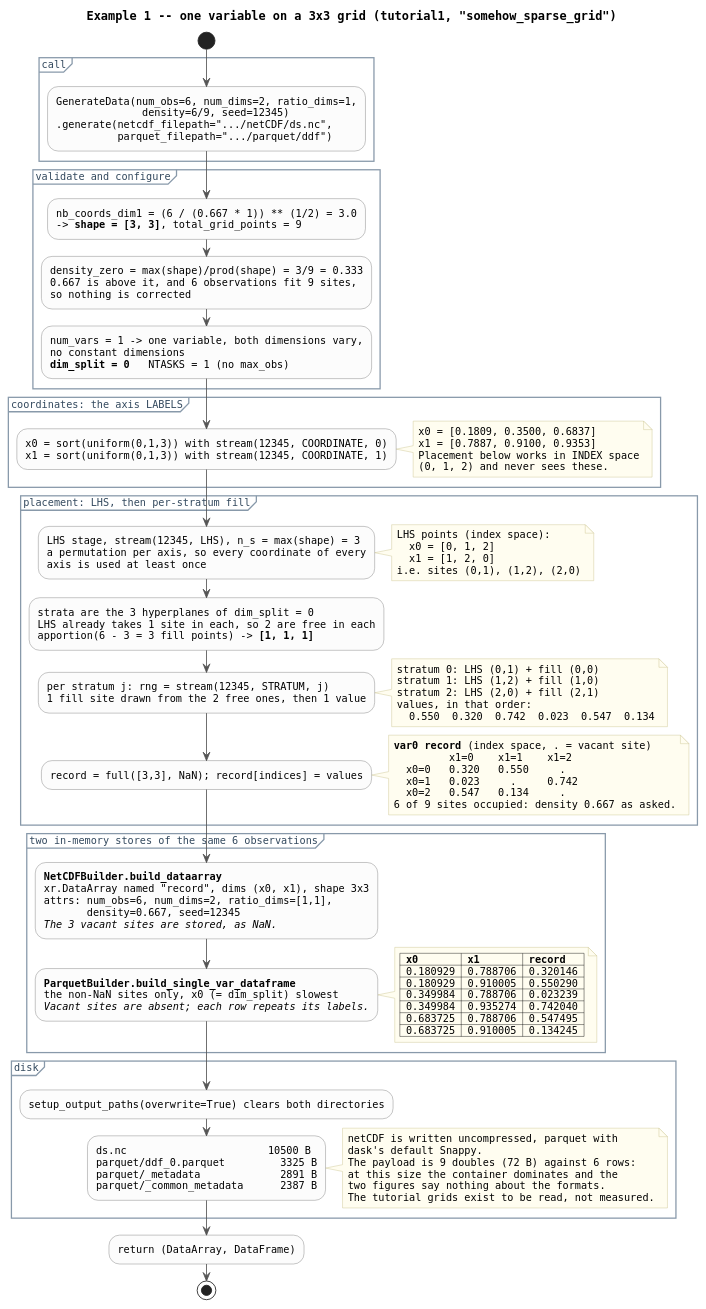
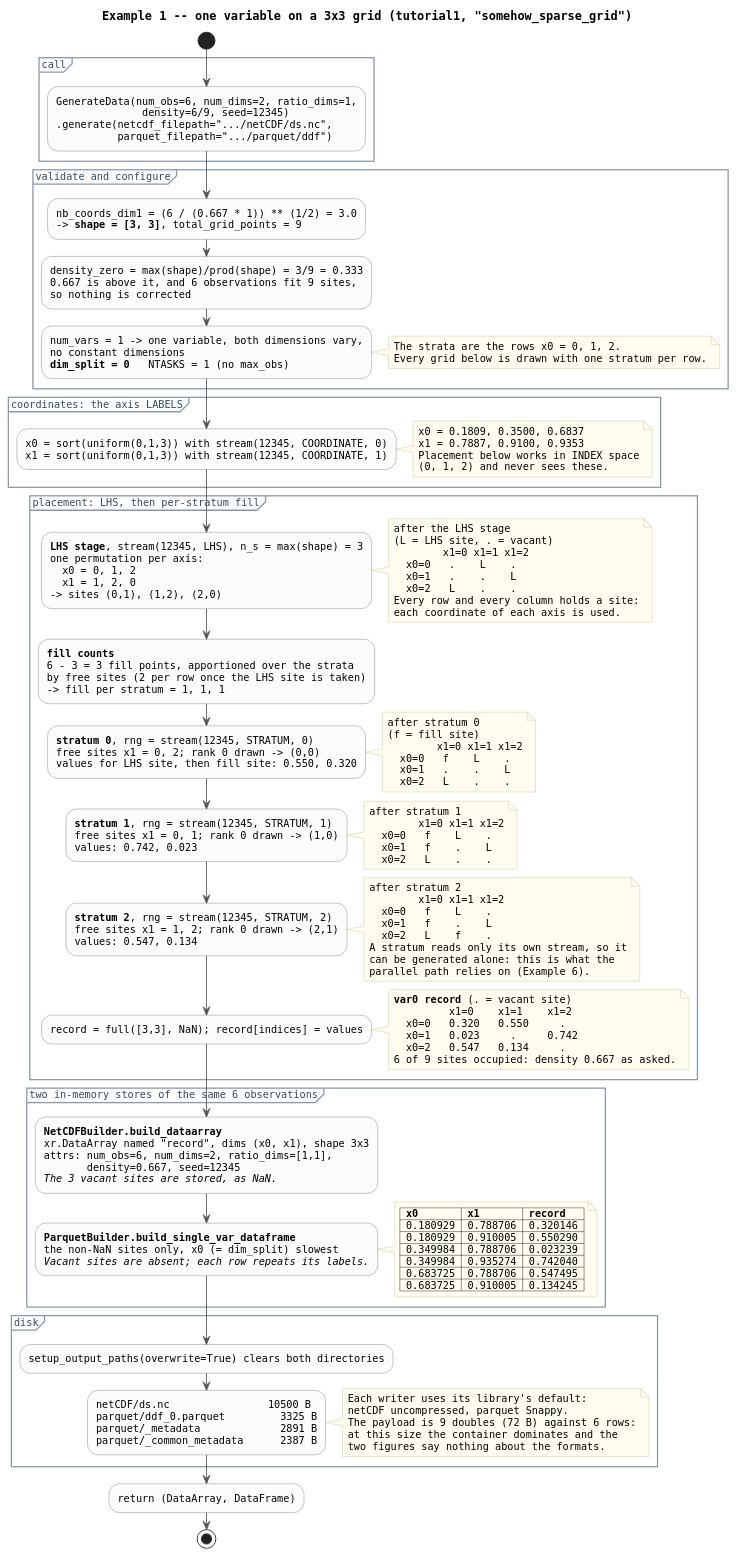
The diagram in docs/dataflow_example_single_var.puml (boom-lab/tabray), drawn with PlantUML before and after one commit. The commit also changed 11 other files, not shown here.

Commit message:
update puml diagrams and add related notebooks

```diff
--- a/docs/dataflow_example_single_var.puml
+++ b/docs/dataflow_example_single_var.puml
@@ -1,133 +1,171 @@
 @startuml dataflow_example_single_var
 ' Worked example: notebooks/tutorial1.ipynb, case "somehow_sparse_grid".
 ' Every number here is from an actual run of that case.
+' Grids: rows x0, columns x1, in index space.
 ' Render: plantuml docs/dataflow_example_single_var.puml
 
 title Example 1 -- one variable on a 3x3 grid (tutorial1, "somehow_sparse_grid")
 
 skinparam shadowing false
 skinparam defaultFontName Monospaced
 skinparam defaultFontSize 12
 skinparam ArrowColor #555555
 skinparam activity {
   BackgroundColor #FCFCFC
   BorderColor #777777
   DiamondBackgroundColor #F2F2F2
 }
 skinparam partition {
   BorderColor #8899AA
   FontColor #33495E
 }
 skinparam note {
   BackgroundColor #FFFDF0
   BorderColor #C8C08A
 }
 
 start
 
 partition "call" {
   :GenerateData(num_obs=6, num_dims=2, ratio_dims=1,
                 density=6/9, seed=12345)
   .generate(netcdf_filepath=".../netCDF/ds.nc",
             parquet_filepath=".../parquet/ddf");
 }
 
 partition "validate and configure" {
   :nb_coords_dim1 = (6 / (0.667 * 1)) ** (1/2) = 3.0
   -> <b>shape = [3, 3]</b>, total_grid_points = 9;
   :density_zero = max(shape)/prod(shape) = 3/9 = 0.333
   0.667 is above it, and 6 observations fit 9 sites,
   so nothing is corrected;
   :num_vars = 1 -> one variable, both dimensions vary,
   no constant dimensions
   <b>dim_split = 0</b>   NTASKS = 1 (no max_obs);
+  note right
+    The strata are the rows x0 = 0, 1, 2.
+    Every grid below is drawn with one stratum per row.
+  end note
 }
 
 partition "coordinates: the axis LABELS" {
   :x0 = sort(uniform(0,1,3)) with stream(12345, COORDINATE, 0)
   x1 = sort(uniform(0,1,3)) with stream(12345, COORDINATE, 1);
   note right
-    x0 = [0.1809, 0.3500, 0.6837]
-    x1 = [0.7887, 0.9100, 0.9353]
+    x0 = 0.1809, 0.3500, 0.6837
+    x1 = 0.7887, 0.9100, 0.9353
     Placement below works in INDEX space
     (0, 1, 2) and never sees these.
   end note
 }
 
 partition "placement: LHS, then per-stratum fill" {
-  :LHS stage, stream(12345, LHS), n_s = max(shape) = 3
-  a permutation per axis, so every coordinate of every
-  axis is used at least once;
+  :<b>LHS stage</b>, stream(12345, LHS), n_s = max(shape) = 3
+  one permutation per axis:
+    x0 = 0, 1, 2
+    x1 = 1, 2, 0
+  -> sites (0,1), (1,2), (2,0);
   note right
-    LHS points (index space):
-      x0 = [0, 1, 2]
-      x1 = [1, 2, 0]
-    i.e. sites (0,1), (1,2), (2,0)
+    after the LHS stage
+    (L = LHS site, . = vacant)
+            x1=0 x1=1 x1=2
+      x0=0   .    L    .
+      x0=1   .    .    L
+      x0=2   L    .    .
+    Every row and every column holds a site:
+    each coordinate of each axis is used.
   end note
 
-  :strata are the 3 hyperplanes of dim_split = 0
-  LHS already takes 1 site in each, so 2 are free in each
-  apportion(6 - 3 = 3 fill points) -> <b>[1, 1, 1]</b>;
+  :<b>fill counts</b>
+  6 - 3 = 3 fill points, apportioned over the strata
+  by free sites (2 per row once the LHS site is taken)
+  -> fill per stratum = 1, 1, 1;
 
-  :per stratum j: rng = stream(12345, STRATUM, j)
-  1 fill site drawn from the 2 free ones, then 1 value;
+  :<b>stratum 0</b>, rng = stream(12345, STRATUM, 0)
+  free sites x1 = 0, 2; rank 0 drawn -> (0,0)
+  values for LHS site, then fill site: 0.550, 0.320;
   note right
-    stratum 0: LHS (0,1) + fill (0,0)
-    stratum 1: LHS (1,2) + fill (1,0)
-    stratum 2: LHS (2,0) + fill (2,1)
-    values, in that order:
-      0.550  0.320  0.742  0.023  0.547  0.134
+    after stratum 0
+    (f = fill site)
+            x1=0 x1=1 x1=2
+      x0=0   f    L    .
+      x0=1   .    .    L
+      x0=2   L    .    .
+  end note
+
+  :<b>stratum 1</b>, rng = stream(12345, STRATUM, 1)
+  free sites x1 = 0, 1; rank 0 drawn -> (1,0)
+  values: 0.742, 0.023;
+  note right
+    after stratum 1
+            x1=0 x1=1 x1=2
+      x0=0   f    L    .
+      x0=1   f    .    L
+      x0=2   L    .    .
+  end note
+
+  :<b>stratum 2</b>, rng = stream(12345, STRATUM, 2)
+  free sites x1 = 1, 2; rank 0 drawn -> (2,1)
+  values: 0.547, 0.134;
+  note right
+    after stratum 2
+            x1=0 x1=1 x1=2
+      x0=0   f    L    .
+      x0=1   f    .    L
+      x0=2   L    f    .
+    A stratum reads only its own stream, so it
+    can be generated alone: this is what the
+    parallel path relies on (Example 6).
   end note
 
   :record = full([3,3], NaN); record[indices] = values;
   note right
-    <b>var0 record</b> (index space, . = vacant site)
+    <b>var0 record</b> (. = vacant site)
              x1=0    x1=1    x1=2
       x0=0   0.320   0.550     .
       x0=1   0.023     .     0.742
       x0=2   0.547   0.134     .
     6 of 9 sites occupied: density 0.667 as asked.
   end note
 }
 
 partition "two in-memory stores of the same 6 observations" {
   :<b>NetCDFBuilder.build_dataarray</b>
   xr.DataArray named "record", dims (x0, x1), shape 3x3
   attrs: num_obs=6, num_dims=2, ratio_dims=[1,1],
          density=0.667, seed=12345
   <i>The 3 vacant sites are stored, as NaN.</i>;
 
   :<b>ParquetBuilder.build_single_var_dataframe</b>
   the non-NaN sites only, x0 (= dim_split) slowest
   <i>Vacant sites are absent; each row repeats its labels.</i>;
   note right
     |= x0 |= x1 |= record |
     | 0.180929 | 0.788706 | 0.320146 |
     | 0.180929 | 0.910005 | 0.550290 |
     | 0.349984 | 0.788706 | 0.023239 |
     | 0.349984 | 0.935274 | 0.742040 |
     | 0.683725 | 0.788706 | 0.547495 |
     | 0.683725 | 0.910005 | 0.134245 |
   end note
 }
 
 partition "disk" {
   :setup_output_paths(overwrite=True) clears both directories;
-  :ds.nc                       10500 B
+  :netCDF/ds.nc                10500 B
   parquet/ddf_0.parquet         3325 B
   parquet/_metadata             2891 B
   parquet/_common_metadata      2387 B;
   note right
-    netCDF is written uncompressed, parquet with
-    dask's default Snappy.
+    Each writer uses its library's default:
+    netCDF uncompressed, parquet Snappy.
     The payload is 9 doubles (72 B) against 6 rows:
     at this size the container dominates and the
     two figures say nothing about the formats.
-    The tutorial grids exist to be read, not measured.
   end note
 }
 
 :return (DataArray, DataFrame);
 stop
 
 @enduml
```
